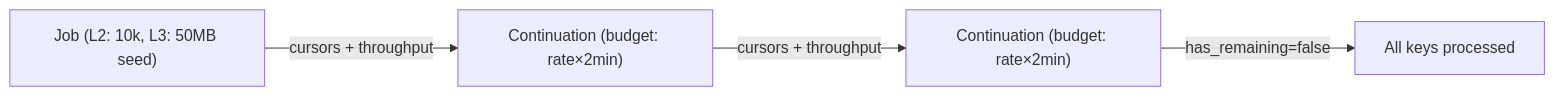
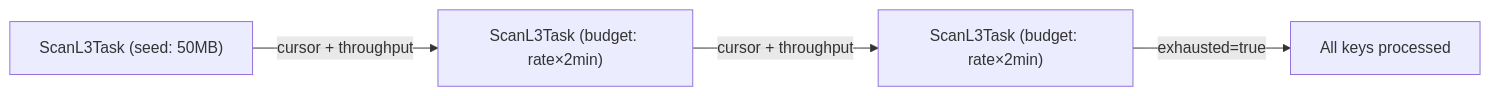
One commit to deepjoy/shoebox changed the fourth of 7 diagrams in docs/architecture/scanner.md. Above: the diagram before and after it, drawn with Mermaid. The commit also changed other lines of this file and 15 other files, not shown here.

````diff
--- a/docs/architecture/scanner.md
+++ b/docs/architecture/scanner.md
@@ -152,6 +170,6 @@
 ```mermaid
 graph LR
-    JOB1["Job (L2: 10k, L3: 50MB seed)"] -->|cursors + throughput| JOB2["Continuation (budget: rate×2min)"]
-    JOB2 -->|cursors + throughput| JOB3["Continuation (budget: rate×2min)"]
-    JOB3 -->|has_remaining=false| DONE[All keys processed]
+    JOB1["ScanL3Task (seed: 50MB)"] -->|cursor + throughput| JOB2["ScanL3Task (budget: rate×2min)"]
+    JOB2 -->|cursor + throughput| JOB3["ScanL3Task (budget: rate×2min)"]
+    JOB3 -->|exhausted=true| DONE[All keys processed]
 ```
````
